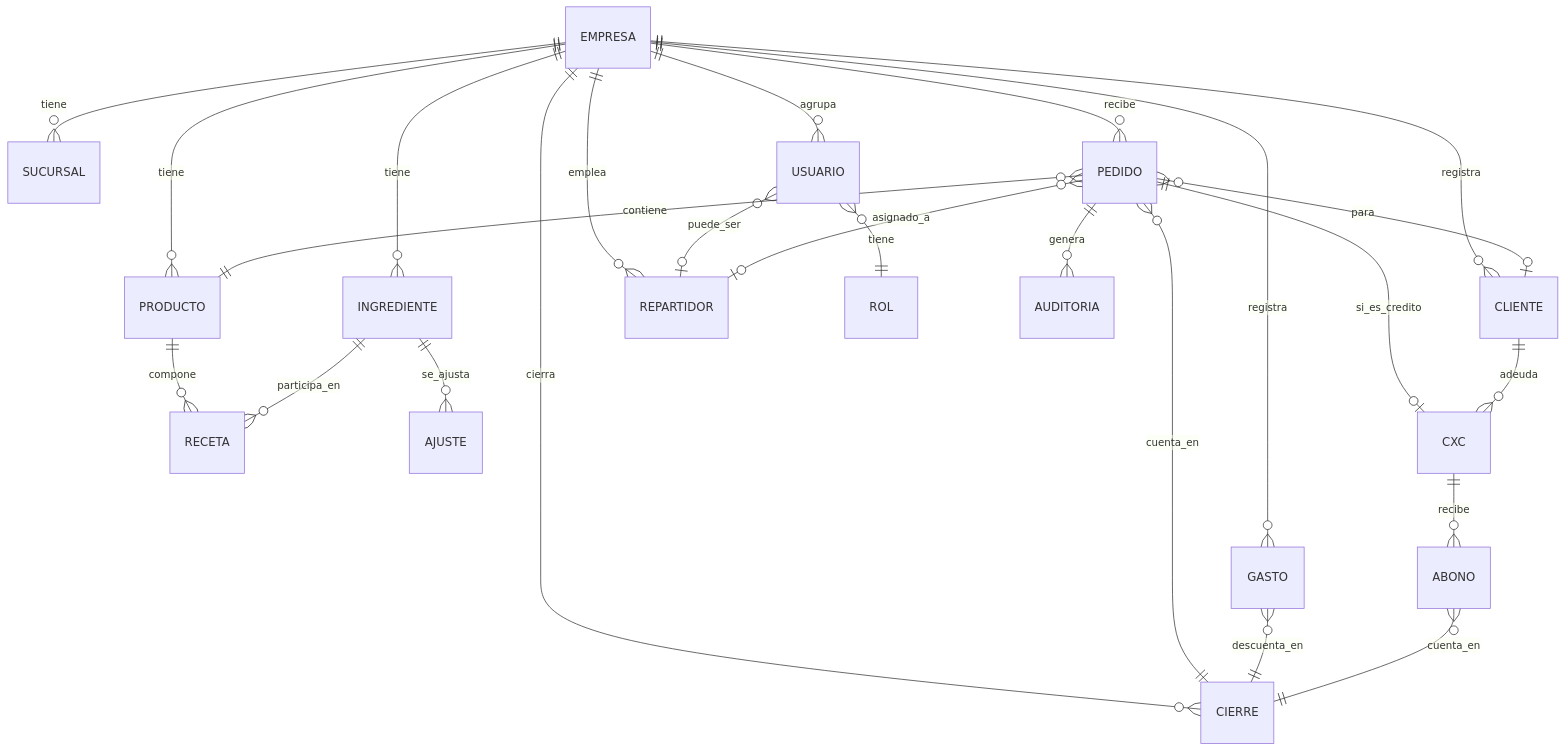
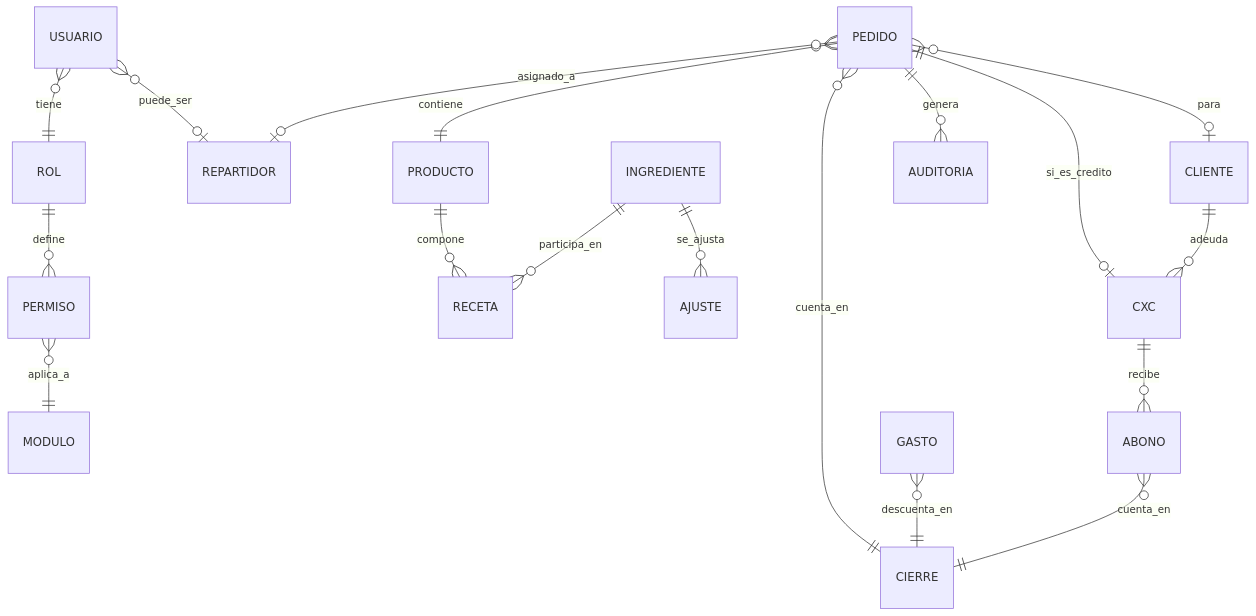
Diagram 12 of 12 in docs/SISTEMA-DAVI-RAPI.md (luisenriquesinisterraperez-design/stockmaster_davirapid), drawn with Mermaid before and after one commit. The commit also changed other lines of this file, not shown here.

````diff
--- a/docs/SISTEMA-DAVI-RAPI.md
+++ b/docs/SISTEMA-DAVI-RAPI.md
@@ -665,32 +680,24 @@
 ```mermaid
 erDiagram
-    EMPRESA ||--o{ SUCURSAL : tiene
-    EMPRESA ||--o{ USUARIO : agrupa
-    EMPRESA ||--o{ PRODUCTO : tiene
-    EMPRESA ||--o{ INGREDIENTE : tiene
-    EMPRESA ||--o{ CLIENTE : registra
-    EMPRESA ||--o{ REPARTIDOR : emplea
-    EMPRESA ||--o{ PEDIDO : recibe
-    EMPRESA ||--o{ GASTO : registra
-    EMPRESA ||--o{ CIERRE : cierra
-
+    ROL ||--o{ PERMISO : define
+    PERMISO }o--|| MODULO : aplica_a
     USUARIO }o--|| ROL : tiene
     USUARIO }o--o| REPARTIDOR : puede_ser
 
     PRODUCTO ||--o{ RECETA : compone
     INGREDIENTE ||--o{ RECETA : participa_en
     INGREDIENTE ||--o{ AJUSTE : se_ajusta
 
     PEDIDO }o--|| PRODUCTO : contiene
     PEDIDO }o--o| REPARTIDOR : asignado_a
     PEDIDO }o--o| CLIENTE : para
     PEDIDO ||--o{ AUDITORIA : genera
 
     PEDIDO ||--o| CXC : si_es_credito
     CLIENTE ||--o{ CXC : adeuda
     CXC ||--o{ ABONO : recibe
 
     PEDIDO }o--|| CIERRE : cuenta_en
     GASTO }o--|| CIERRE : descuenta_en
     ABONO }o--|| CIERRE : cuenta_en
 ```
````
